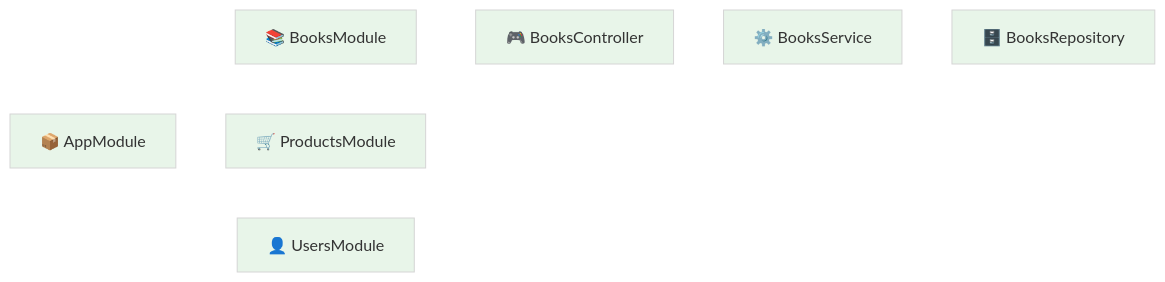
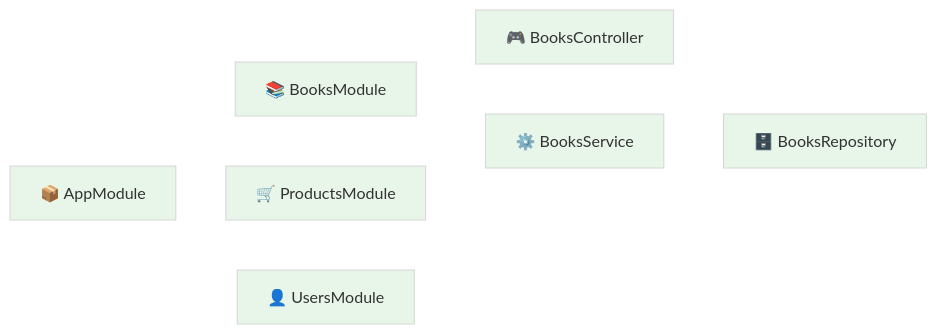
The first of 5 diagrams in CODEBASE_ANALYSIS.md (alvianzf/introduction-to-nest), drawn with Mermaid before and after one commit. The commit also changed other lines of this file, not shown here.

````diff
--- a/CODEBASE_ANALYSIS.md
+++ b/CODEBASE_ANALYSIS.md
@@ -11,13 +12,13 @@
 ```mermaid
 %%{init: {'theme': 'base', 'themeVariables': { 'primaryColor': '#e8f5e9', 'edgeColor': '#ffffff', 'tertiaryColor': '#fff3e0', 'lineColor': '#ffffff'}}}%%
 graph LR
     AppModule["📦 AppModule"] --> BooksModule["📚 BooksModule"]
     AppModule --> ProductsModule["🛒 ProductsModule"]
     AppModule --> UsersModule["👤 UsersModule"]
-    
+
     BooksModule --> BooksController["🎮 BooksController"]
-    BooksController --> BooksService["⚙️ BooksService"]
+    BooksModule --> BooksService["⚙️ BooksService"]
     BooksService --> BooksRepository["🗄️ BooksRepository"]
 
     linkStyle default stroke:#ffffff,stroke-width:2px
 ```
````
